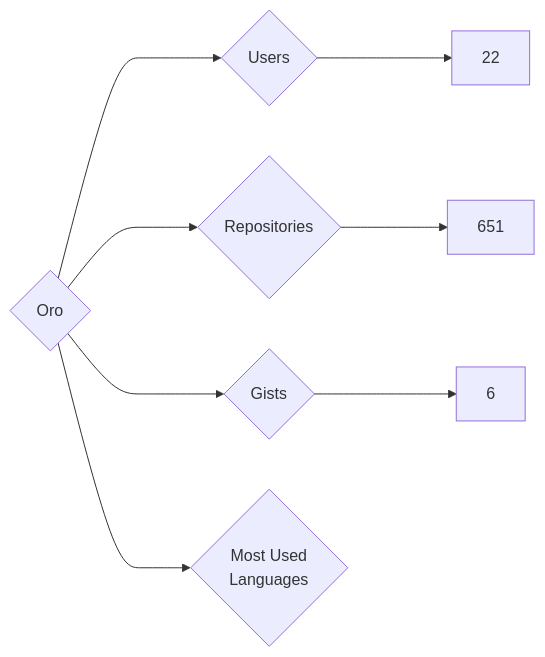
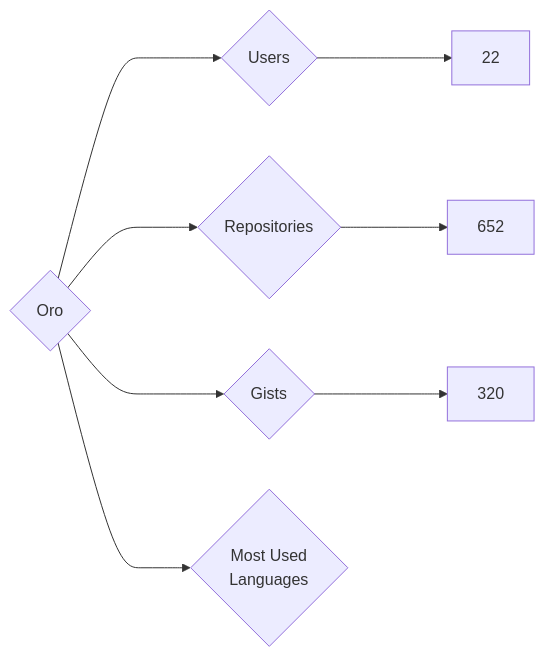
The diagram in targets/Oro/README.md (nenadzaric/insiders), drawn with Mermaid before and after one commit. The commit also changed 1342 other files, not shown here.

````diff
--- a/targets/Oro/README.md
+++ b/targets/Oro/README.md
@@ -3,8 +3,8 @@
 ```mermaid
 graph LR
 COMPANY_NAME{Oro}
 COMPANY_NAME ---> U{Users} ---> UN[22]
-COMPANY_NAME ---> R{Repositories} ---> RN[651]
-COMPANY_NAME ---> G{Gists} ---> GN[6]
+COMPANY_NAME ---> R{Repositories} ---> RN[652]
+COMPANY_NAME ---> G{Gists} ---> GN[320]
 COMPANY_NAME ---> ML{Most Used<br>Languages}
 ```
````
